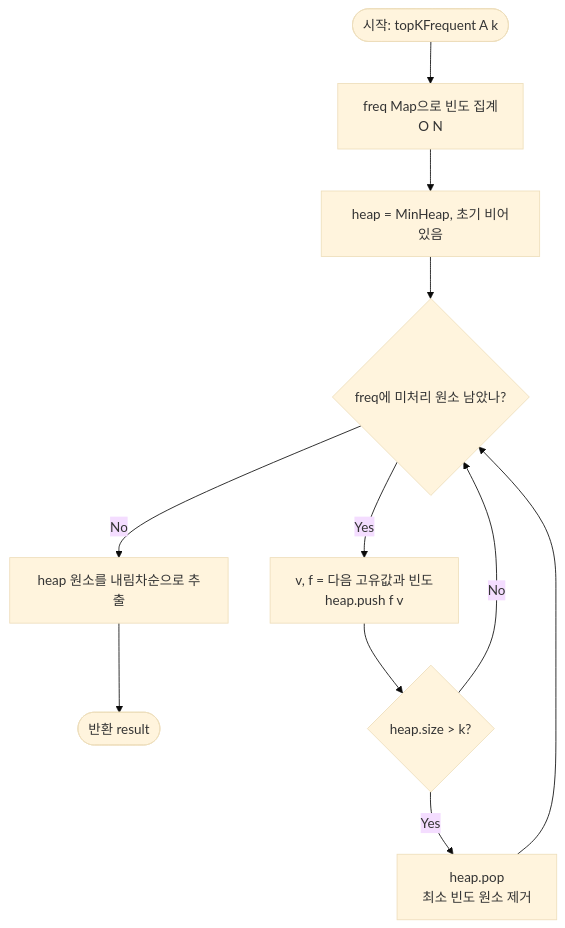
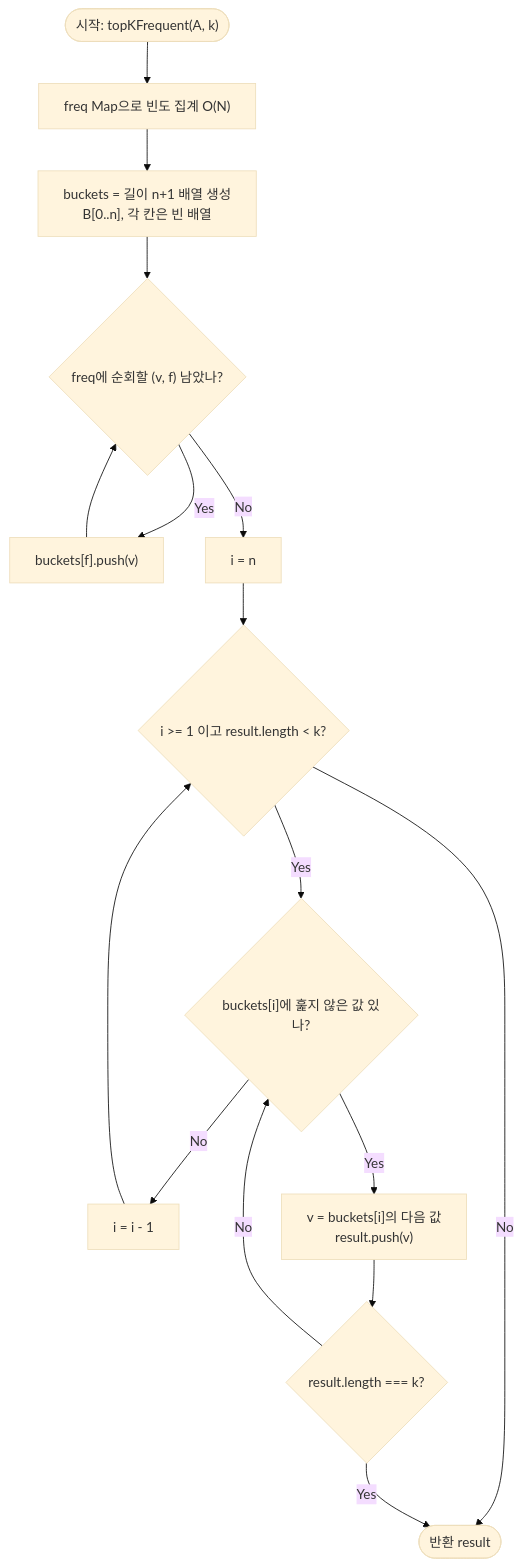
One commit to centurio1987/grow-up-programming changed the diagram in src/algorithms/sorting/topKFrequent/topKFrequent-guide.mdx. Above: the diagram before and after it, drawn with Mermaid (base theme). The commit also changed other lines of this file and 24 other files, not shown here.

````diff
--- a/src/algorithms/sorting/topKFrequent/topKFrequent-guide.mdx
+++ b/src/algorithms/sorting/topKFrequent/topKFrequent-guide.mdx
@@ -303,13 +359,18 @@
 ```mermaid
 flowchart TD
-    A([시작: topKFrequent A k]) --> B[freq Map으로 빈도 집계\nO N]
-    B --> C[heap = MinHeap, 초기 비어있음]
-    C --> D{freq에 미처리 원소 남았나?}
-    D -- No --> E[heap 원소를 내림차순으로 추출]
-    E --> Z([반환 result])
-    D -- Yes --> F[v, f = 다음 고유값과 빈도\nheap.push f v]
-    F --> G{heap.size > k?}
-    G -- Yes --> H[heap.pop\n최소 빈도 원소 제거]
-    H --> D
-    G -- No --> D
+    A(["시작: topKFrequent(A, k)"]) --> B["freq Map으로 빈도 집계 O(N)"]
+    B --> C["buckets = 길이 n+1 배열 생성<br/>B[0..n], 각 칸은 빈 배열"]
+    C --> D{"freq에 순회할 (v, f) 남았나?"}
+    D -- Yes --> E["buckets[f].push(v)"]
+    E --> D
+    D -- No --> F["i = n"]
+    F --> G{"i >= 1 이고 result.length < k?"}
+    G -- No --> Z(["반환 result"])
+    G -- Yes --> H{"buckets[i]에 훑지 않은 값 있나?"}
+    H -- No --> I["i = i - 1"]
+    I --> G
+    H -- Yes --> J["v = buckets[i]의 다음 값<br/>result.push(v)"]
+    J --> K{"result.length === k?"}
+    K -- Yes --> Z
+    K -- No --> H
 ```
````
